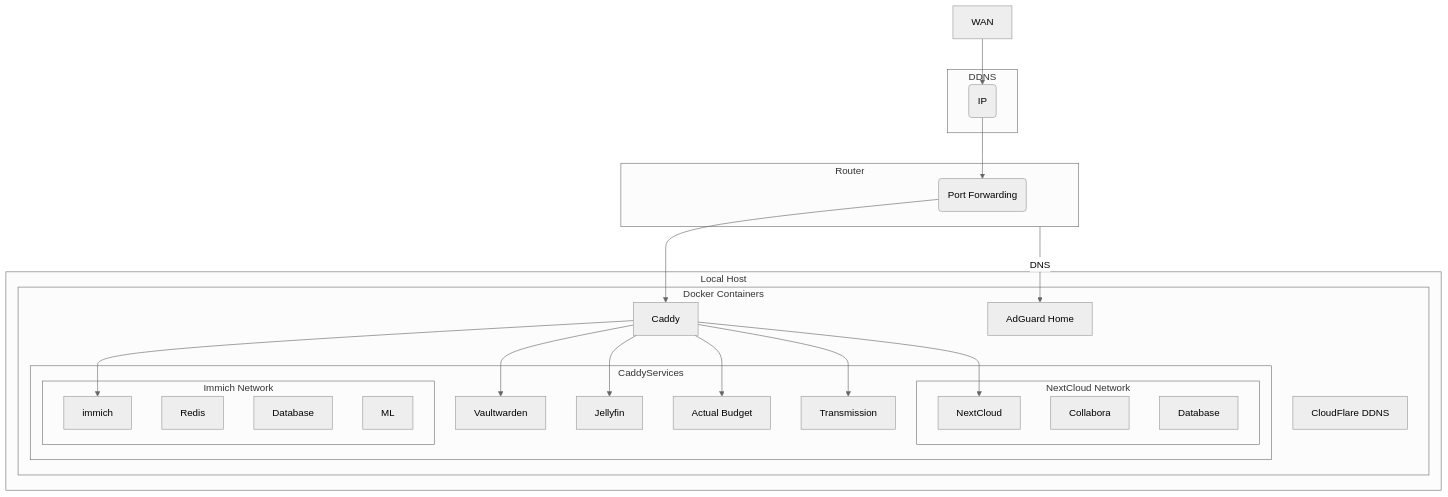
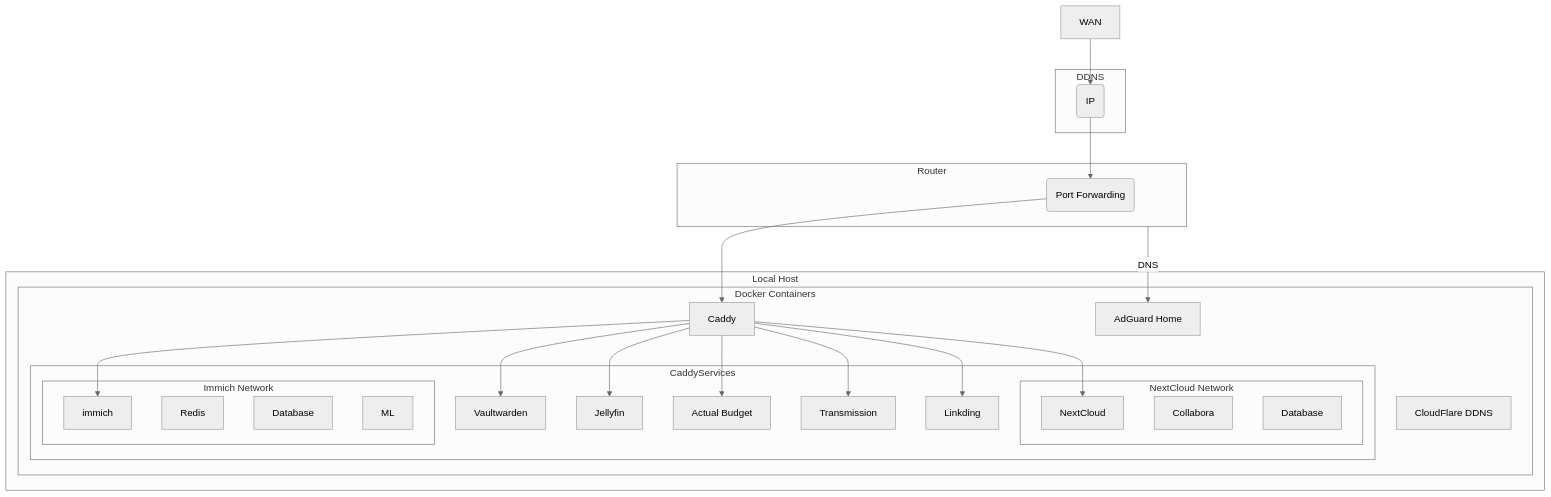
The diagram in README.md (p-gentili/selfhosted-docker), drawn with Mermaid (neutral theme) before and after one commit. The commit also changed 5 other files, not shown here.

````diff
--- a/README.md
+++ b/README.md
@@ -1,45 +1,47 @@
 ```mermaid
 graph TD
   subgraph DDNS
     ddns(IP)
   end
   subgraph Router
     portForwarding(Port Forwarding)
   end
 
   subgraph Local Host
     subgraph Docker Containers
       caddy[Caddy]
       adguard-home[AdGuard Home]
       cloudflare-ddns[CloudFlare DDNS]
       subgraph CaddyServices
         vaultwarden[Vaultwarden]
         jellyfin[Jellyfin]
         actual[Actual Budget]
         transmission[Transmission]
+        linkding[Linkding]
         subgraph NextCloud Network
             nextcloud[NextCloud]
             nextcloud-code[Collabora]
             nextcloud-db[Database]
         end
         subgraph Immich Network
             immich[immich]
             immich-redis[Redis]
             immich-db[Database]
             immich-ml[ML]
         end
       end
     end
   end
 
   WAN --> ddns
   ddns --> portForwarding
   portForwarding --> caddy
   Router --DNS--> adguard-home
   caddy --> vaultwarden
   caddy --> jellyfin
   caddy --> nextcloud
   caddy --> actual
   caddy --> immich
   caddy --> transmission
+  caddy --> linkding
 ```
````
